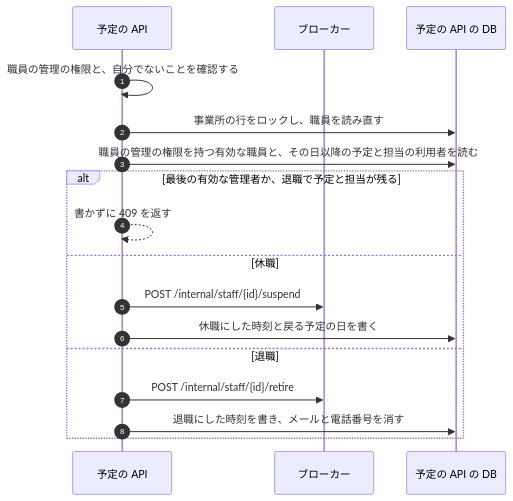
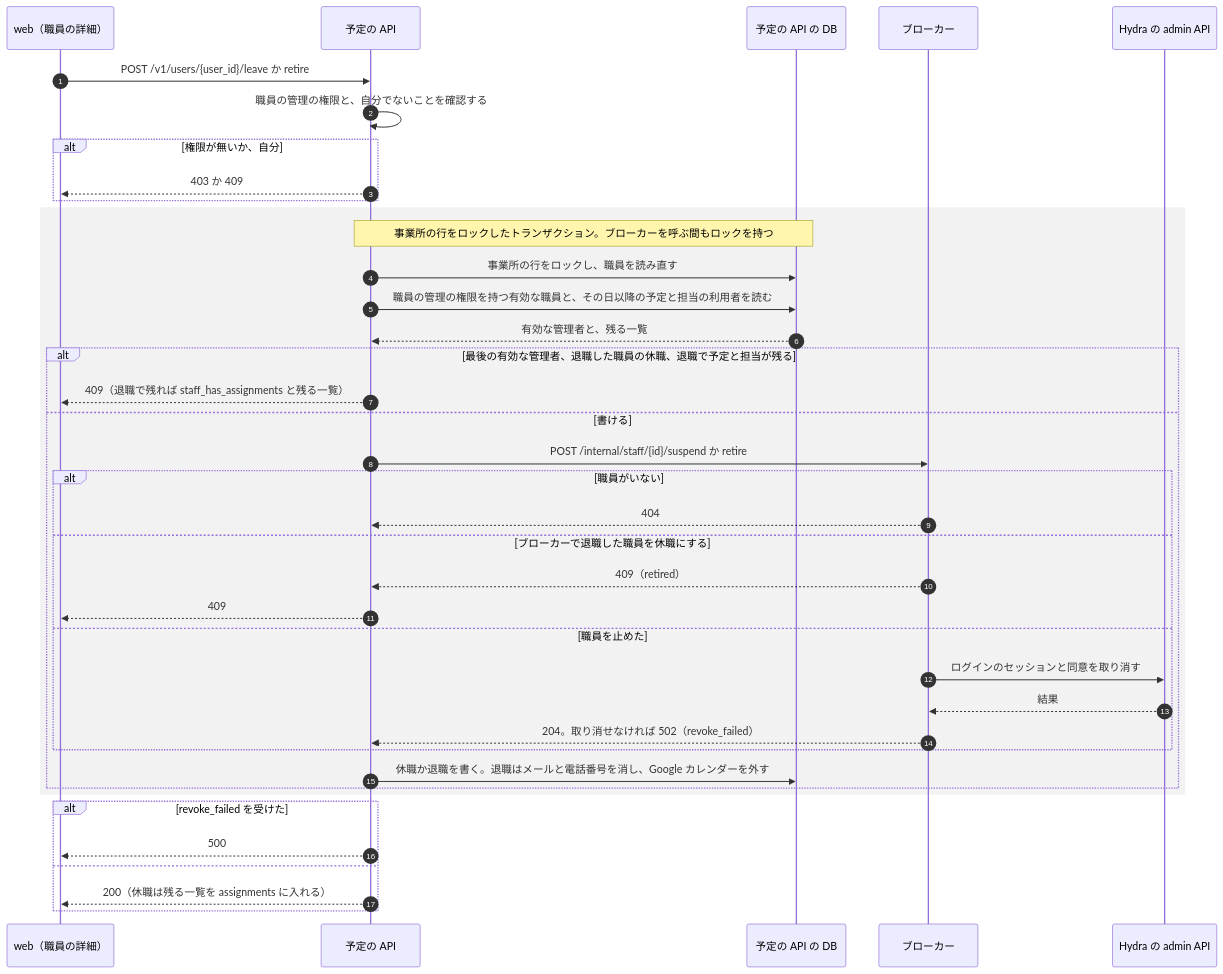
Before and after one commit to Fukuemon/buddy: the fifth of 7 diagrams in services/broker/DesignDoc.md, drawn with Mermaid. The commit also changed other lines of this file and 1 other file, not shown here.

Commit message:
docs(broker): 休職と退職と復職の図に、呼び出し元と失敗の道を描く #426
休職と退職の図は 409 を予定の API から自分への矢印で描き、復職は図が無かった。職員の管理の Design Doc の同じ手順の文は、ブローカーの図へのリンクにする。

````diff
--- a/services/broker/DesignDoc.md
+++ b/services/broker/DesignDoc.md
@@ -258,19 +258,41 @@
 ```mermaid
 sequenceDiagram
   autonumber
+  participant W as web（職員の詳細）
   participant A as 予定の API
+  participant DB as 予定の API の DB
   participant K as ブローカー
-  participant DB as 予定の API の DB
+  participant H as Hydra の admin API
+  W->>A: POST /v1/users/{user_id}/leave か retire
   A->>A: 職員の管理の権限と、自分でないことを確認する
-  A->>DB: 事業所の行をロックし、職員を読み直す
-  A->>DB: 職員の管理の権限を持つ有効な職員と、その日以降の予定と担当の利用者を読む
-  alt 最後の有効な管理者か、退職で予定と担当が残る
-    A-->>A: 書かずに 409 を返す
-  else 休職
-    A->>K: POST /internal/staff/{id}/suspend
-    A->>DB: 休職にした時刻と戻る予定の日を書く
-  else 退職
-    A->>K: POST /internal/staff/{id}/retire
-    A->>DB: 退職にした時刻を書き、メールと電話番号を消す
+  alt 権限が無いか、自分
+    A-->>W: 403 か 409
+  end
+  rect rgba(128, 128, 128, 0.1)
+    Note over A,DB: 事業所の行をロックしたトランザクション。ブローカーを呼ぶ間もロックを持つ
+    A->>DB: 事業所の行をロックし、職員を読み直す
+    A->>DB: 職員の管理の権限を持つ有効な職員と、その日以降の予定と担当の利用者を読む
+    DB-->>A: 有効な管理者と、残る一覧
+    alt 最後の有効な管理者、退職した職員の休職、退職で予定と担当が残る
+      A-->>W: 409（退職で残れば staff_has_assignments と残る一覧）
+    else 書ける
+      A->>K: POST /internal/staff/{id}/suspend か retire
+      alt 職員がいない
+        K-->>A: 404
+      else ブローカーで退職した職員を休職にする
+        K-->>A: 409（retired）
+        A-->>W: 409
+      else 職員を止めた
+        K->>H: ログインのセッションと同意を取り消す
+        H-->>K: 結果
+        K-->>A: 204。取り消せなければ 502（revoke_failed）
+      end
+      A->>DB: 休職か退職を書く。退職はメールと電話番号を消し、Google カレンダーを外す
+    end
+  end
+  alt revoke_failed を受けた
+    A-->>W: 500
+  else
+    A-->>W: 200（休職は残る一覧を assignments に入れる）
   end
 ```
````
